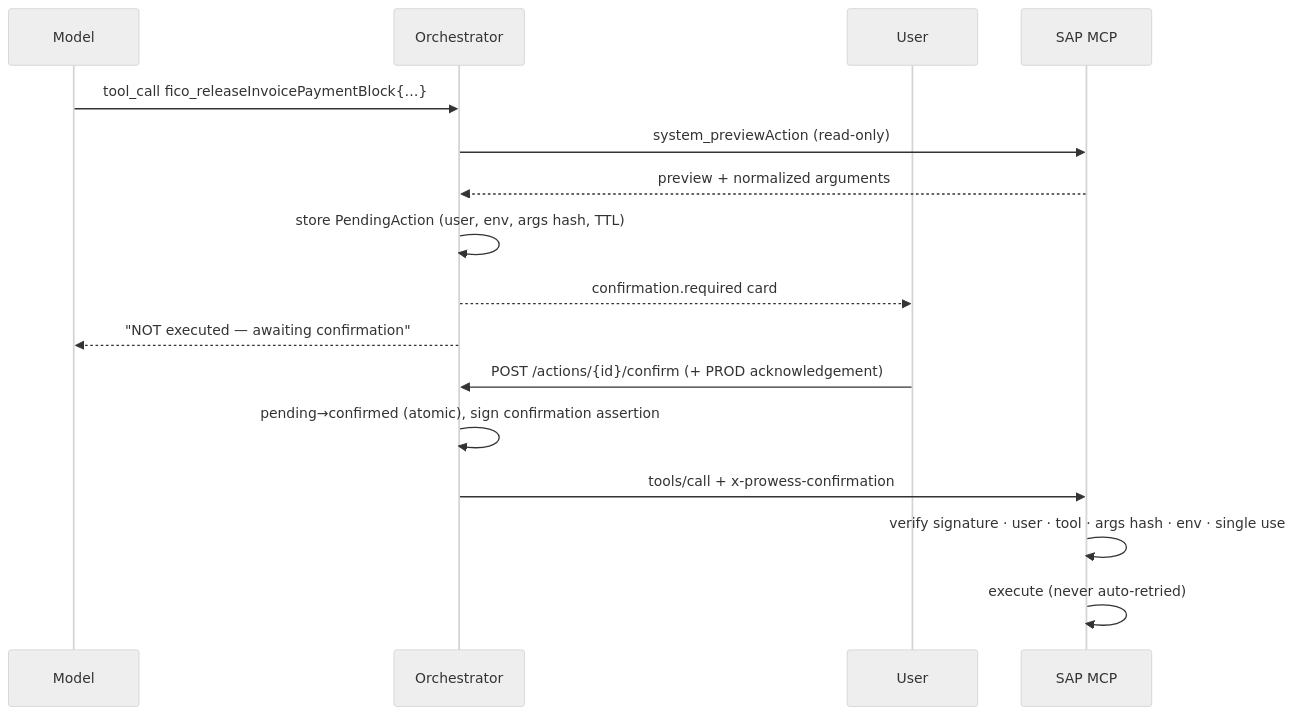
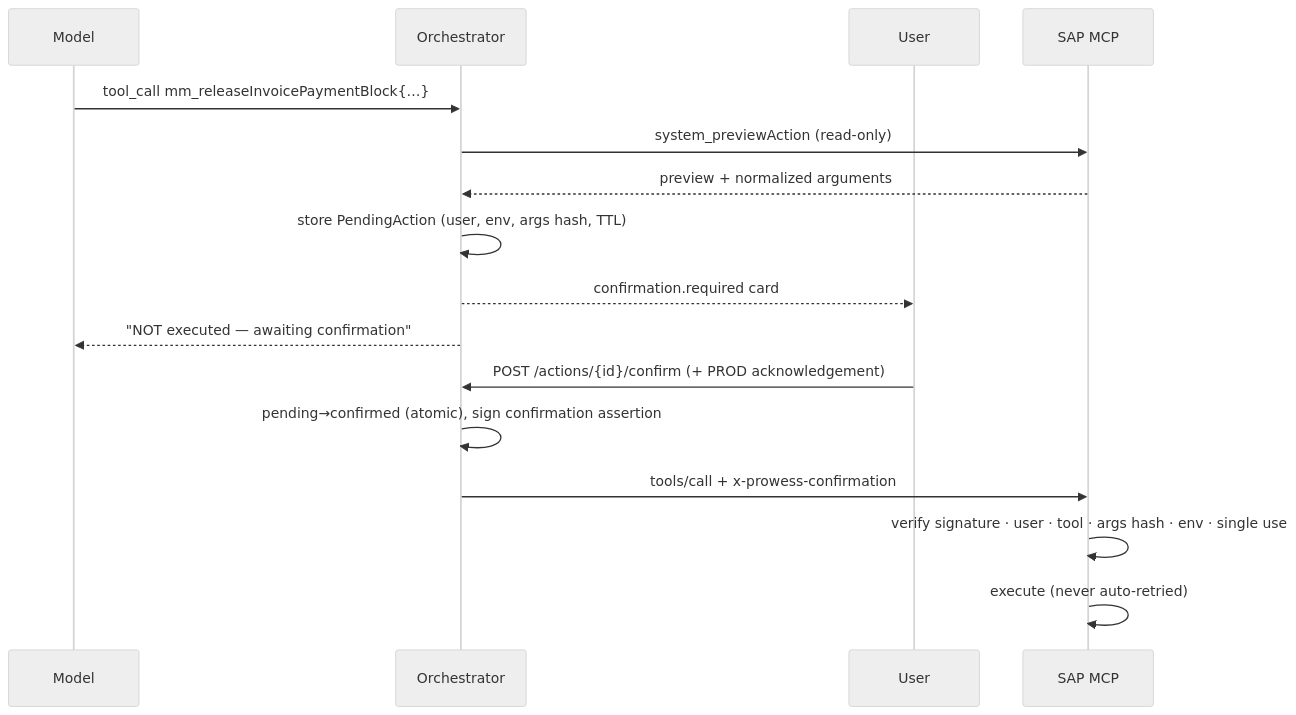
The diagram in docs/mcp.md (mukeshdayaland/SAP_AI_AGENTS), drawn with Mermaid (neutral theme) before and after one commit. The commit also changed other lines of this file and 33 other files, not shown here.

````diff
--- a/docs/mcp.md
+++ b/docs/mcp.md
@@ -39,18 +55,18 @@
 ```mermaid
 sequenceDiagram
   participant L as Model
   participant O as Orchestrator
   participant U as User
   participant M as SAP MCP
-  L->>O: tool_call fico_releaseInvoicePaymentBlock{…}
+  L->>O: tool_call mm_releaseInvoicePaymentBlock{…}
   O->>M: system_previewAction (read-only)
   M-->>O: preview + normalized arguments
   O->>O: store PendingAction (user, env, args hash, TTL)
   O-->>U: confirmation.required card
   O-->>L: "NOT executed — awaiting confirmation"
   U->>O: POST /actions/{id}/confirm (+ PROD acknowledgement)
   O->>O: pending→confirmed (atomic), sign confirmation assertion
   O->>M: tools/call + x-prowess-confirmation
   M->>M: verify signature · user · tool · args hash · env · single use
   M->>M: execute (never auto-retried)
 ```
````
